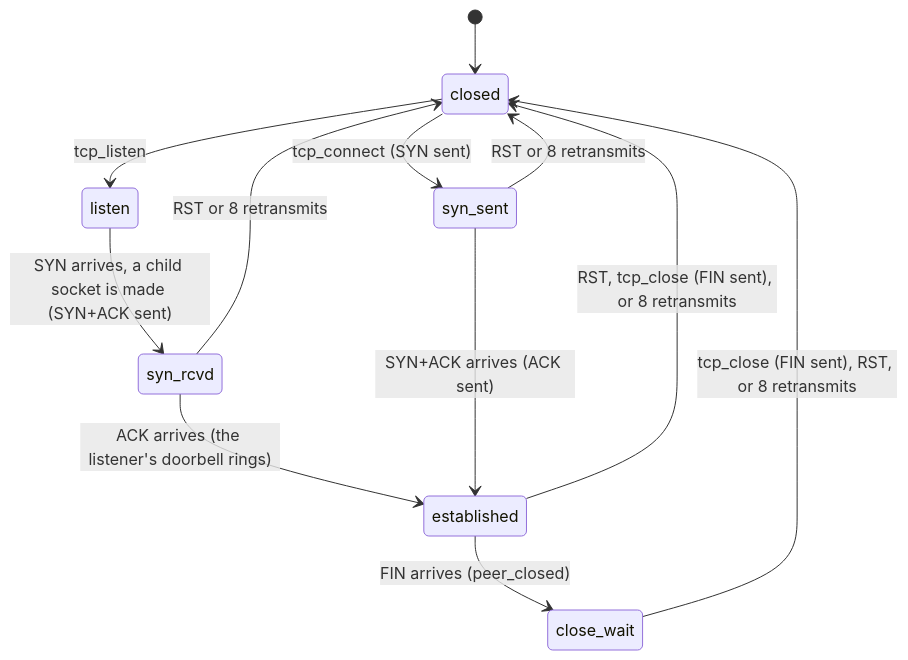
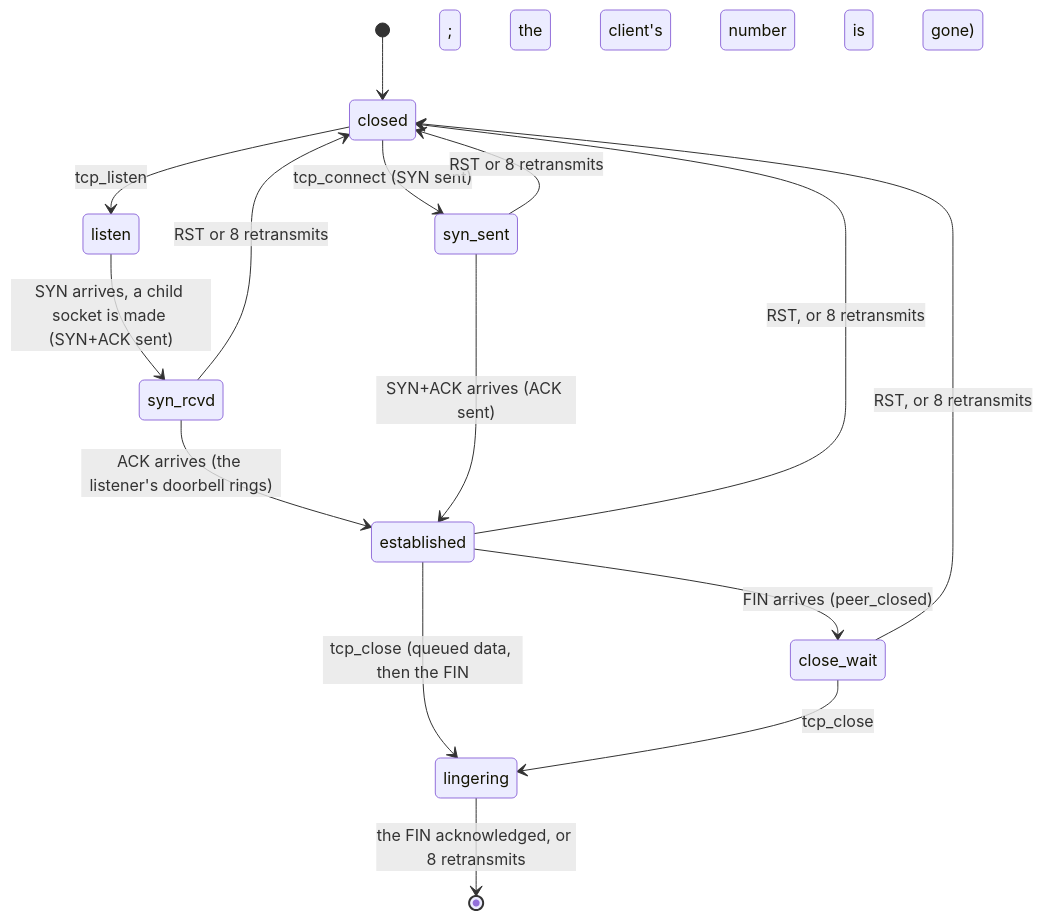
One commit to mylanconnolly/moss changed the fourth of 4 diagrams in docs/networking.md. Above: the diagram before and after it, drawn with Mermaid. The commit also changed other lines of this file and 6 other files, not shown here.

````diff
--- a/docs/networking.md
+++ b/docs/networking.md
@@ -137,14 +146,17 @@
 ```mermaid
 stateDiagram-v2
   [*] --> closed
   closed --> listen: tcp_listen
   closed --> syn_sent: tcp_connect (SYN sent)
   listen --> syn_rcvd: SYN arrives, a child socket is made (SYN+ACK sent)
   syn_rcvd --> established: ACK arrives (the listener's doorbell rings)
   syn_sent --> established: SYN+ACK arrives (ACK sent)
   established --> close_wait: FIN arrives (peer_closed)
-  established --> closed: RST, tcp_close (FIN sent), or 8 retransmits
-  close_wait --> closed: tcp_close (FIN sent), RST, or 8 retransmits
+  established --> closed: RST, or 8 retransmits
+  established --> lingering: tcp_close (queued data, then the FIN; the client's number is gone)
+  close_wait --> closed: RST, or 8 retransmits
+  close_wait --> lingering: tcp_close
+  lingering --> [*]: the FIN acknowledged, or 8 retransmits
   syn_sent --> closed: RST or 8 retransmits
   syn_rcvd --> closed: RST or 8 retransmits
 ```
````
